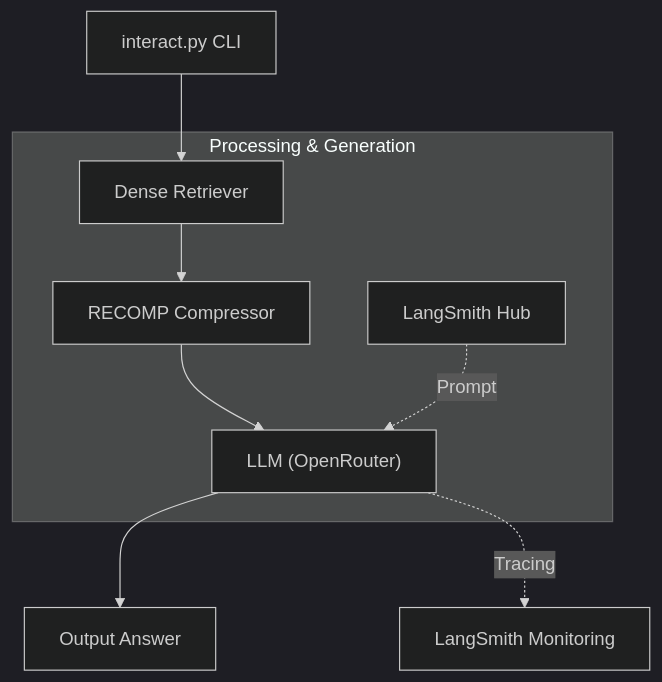
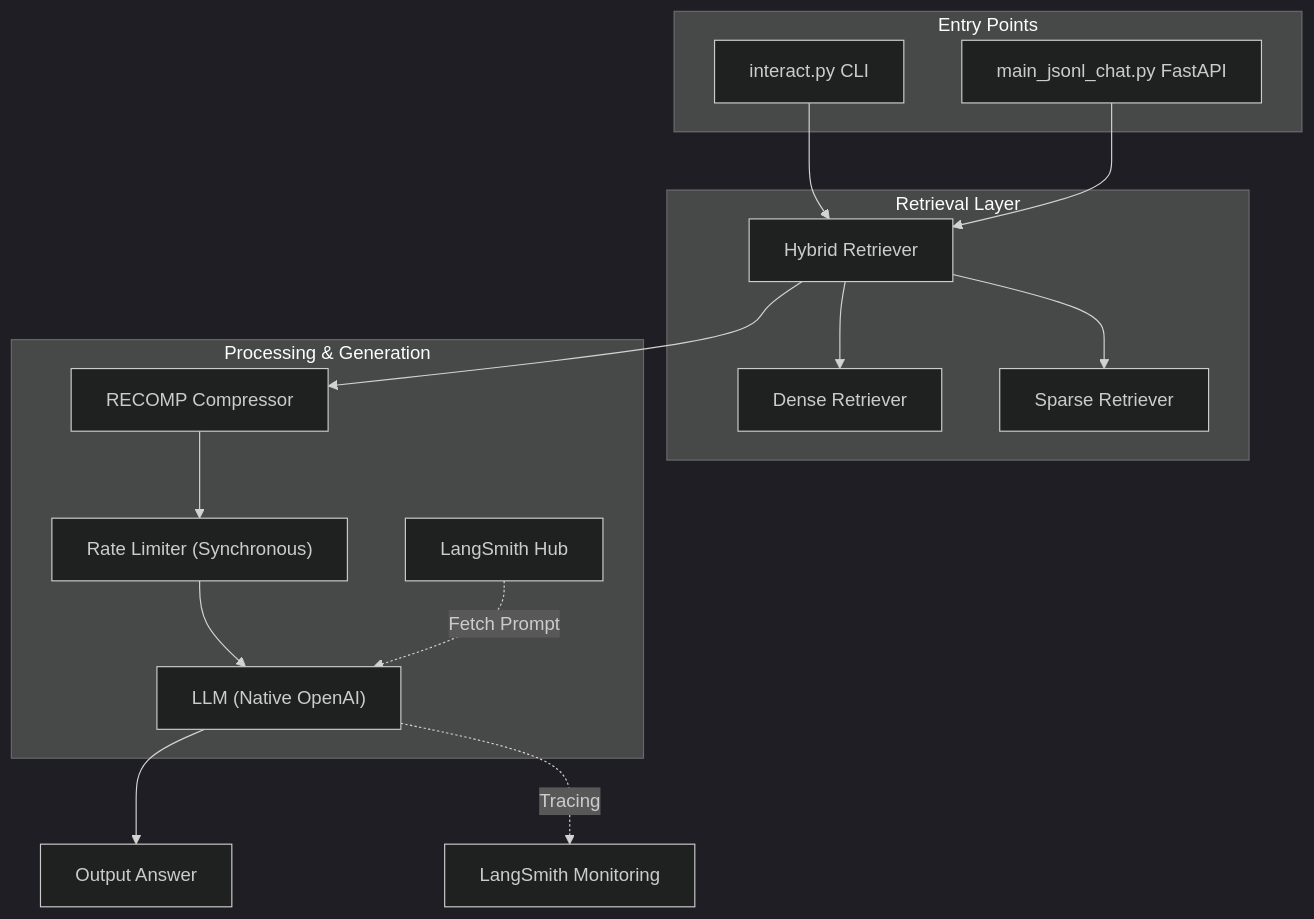
The diagram in README.md (yinsights8/Archival_Rag_System), drawn with Mermaid (dark theme) before and after one commit.

````diff
--- a/README.md
+++ b/README.md
@@ -75,13 +75,24 @@
 ```mermaid
 graph TD
-    CLI[interact.py CLI] --> Dense[Dense Retriever]
+    subgraph "Entry Points"
+        CLI[interact.py CLI]
+        Web[main_jsonl_chat.py FastAPI]
+    end
+
+    subgraph "Retrieval Layer"
+        CLI --> Hybrid[Hybrid Retriever]
+        Web --> Hybrid
+        Hybrid --> Dense[Dense Retriever]
+        Hybrid --> Sparse[Sparse Retriever]
+    end
 
     subgraph "Processing & Generation"
-        Dense --> Compressor[RECOMP Compressor]
-        Compressor --> LLM["LLM (OpenRouter)"]
-        Hub["LangSmith Hub"] -. Prompt .-> LLM
+        Hybrid --> Compressor[RECOMP Compressor]
+        Compressor --> RateLimit["Rate Limiter (Synchronous)"]
+        RateLimit --> LLM["LLM (Native OpenAI)"]
+        Hub["LangSmith Hub"] -. Fetch Prompt .-> LLM
     end
 
     LLM --> Answer[Output Answer]
     LLM -. Tracing .-> LangSmith[LangSmith Monitoring]
 ```
````
